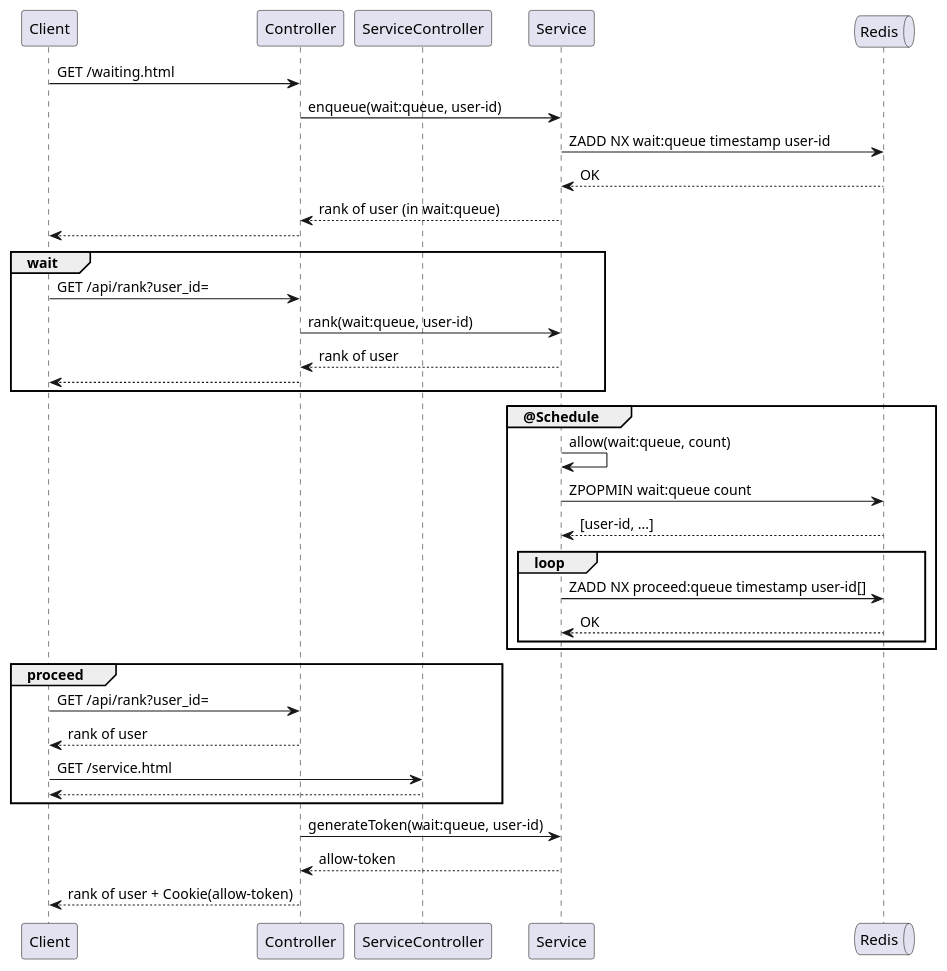
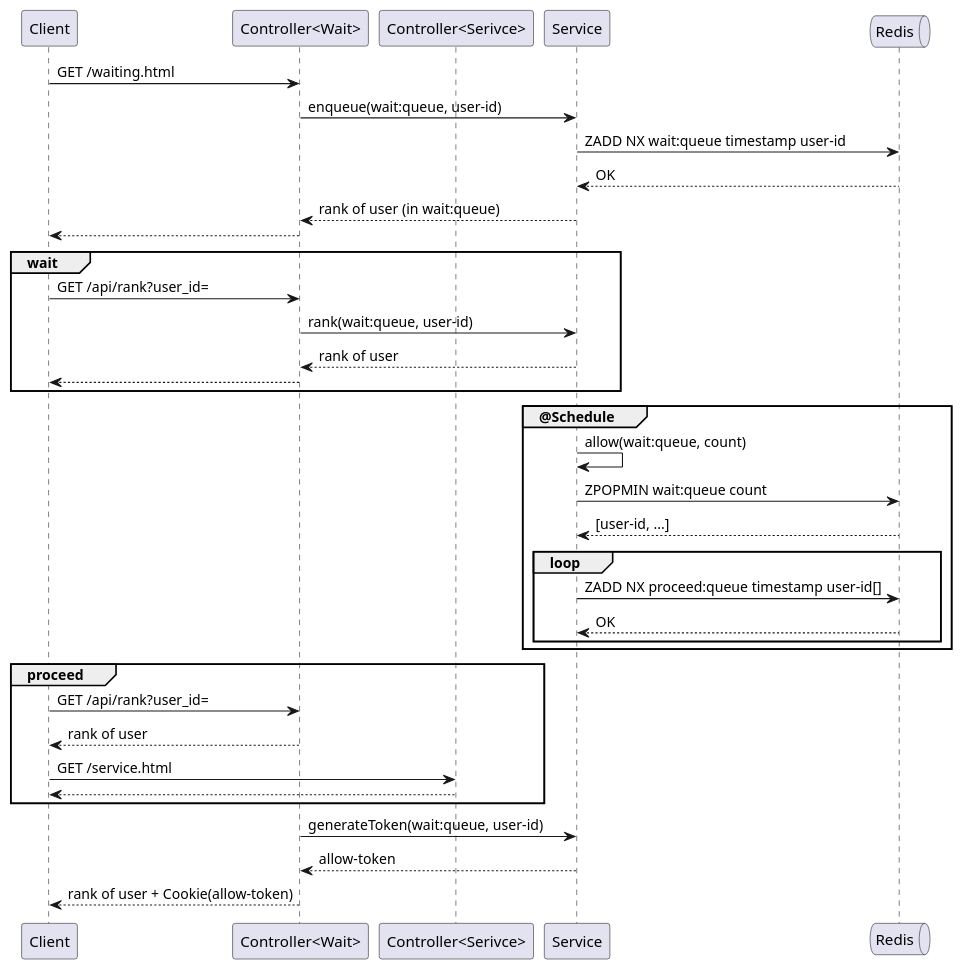
Before and after one commit to yanghoon/obsidian-workspace: the diagram in _diary/2024-06-08.md, drawn with PlantUML.

Commit message:
vault backup: 2024-06-08 14:37:42

````diff
--- a/_diary/2024-06-08.md
+++ b/_diary/2024-06-08.md
@@ -5,45 +5,45 @@
 ```plantuml
 @startuml
 participant Client
-participant Controller
-participant ServiceController
+participant "Controller<Wait>" as Controller
+participant "Controller<Serivce>" as ServiceController
 participant Service
 queue Redis
 
 Client -> Controller: GET /waiting.html
 Controller -> Service: enqueue(wait:queue, user-id)
 Service -> Redis: ZADD NX wait:queue timestamp user-id
 Service <-- Redis: OK
 Controller <-- Service: rank of user (in wait:queue)
 Client <-- Controller
 
 group wait
 Client -> Controller: GET /api/rank?user_id=
 Controller -> Service: rank(wait:queue, user-id)
 Controller <-- Service: rank of user
 Client <-- Controller
 end
 
 group @Schedule
   Service -> Service: allow(wait:queue, count)
   Service -> Redis: ZPOPMIN wait:queue count
   Service <-- Redis: [user-id, ...]
   loop
     Service -> Redis: ZADD NX proceed:queue timestamp user-id[]
     Service <-- Redis: OK
   end
 end
 
 group proceed
   Client -> Controller: GET /api/rank?user_id=
   Client <-- Controller: rank of user
   Client -> ServiceController: GET /service.html
   Client <-- ServiceController
 end
 
 Controller -> Service: generateToken(wait:queue, user-id)
 Controller <-- Service: allow-token
 Client <-- Controller: rank of user + Cookie(allow-token)
 
 @enduml
 ```
````
